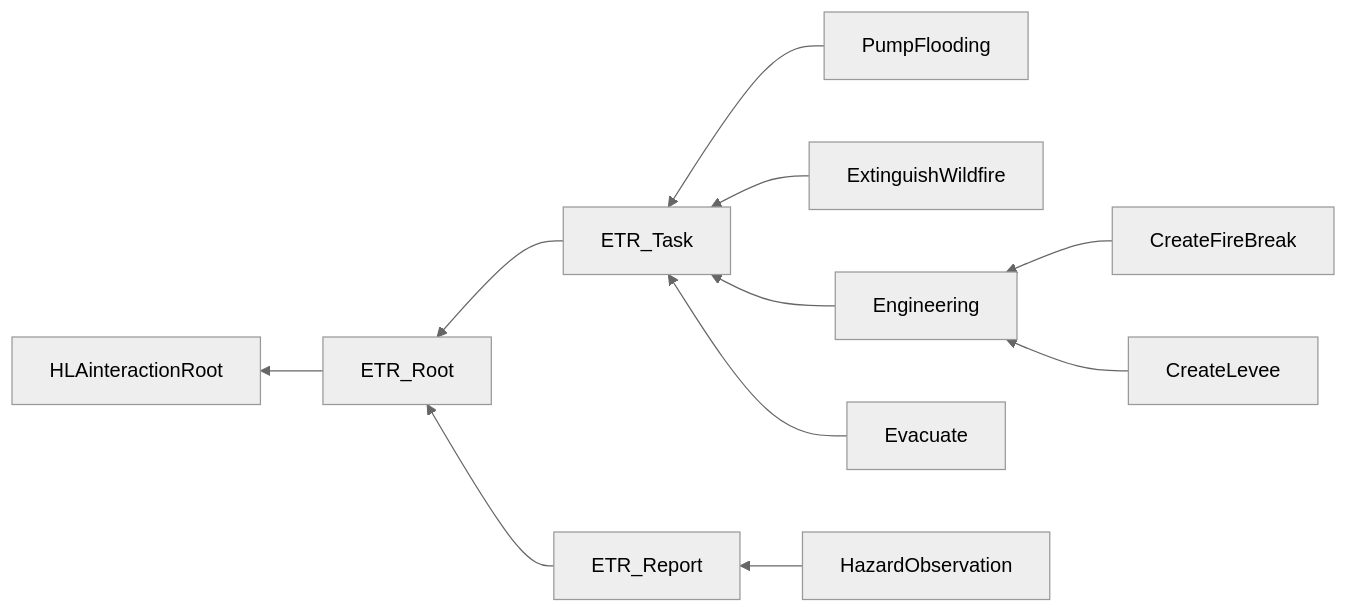
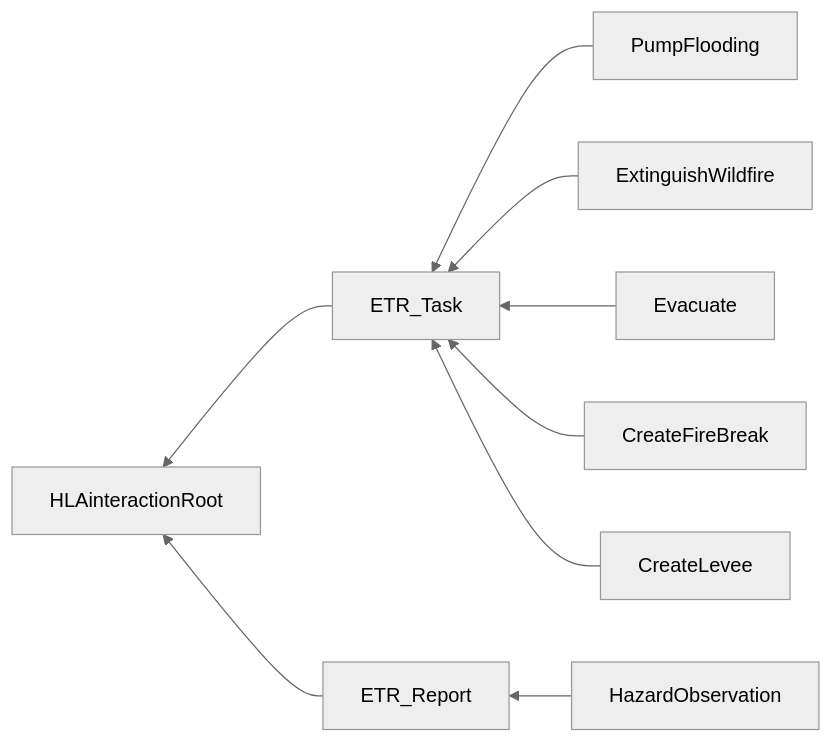
One commit to AMSP-04/NETN-DIM changed the second of 2 diagrams in NETN-DIM.md. Above: the diagram before and after it, drawn with Mermaid (neutral theme). The commit also changed other lines of this file and 2 other files, not shown here.

````diff
--- a/NETN-DIM.md
+++ b/NETN-DIM.md
@@ -94,13 +93,11 @@
 ```mermaid
 graph RL
-ETR_Root-->HLAinteractionRoot
-ETR_Task-->ETR_Root
-ETR_Report-->ETR_Root
+ETR_Task-->HLAinteractionRoot
+ETR_Report-->HLAinteractionRoot
 PumpFlooding-->ETR_Task
 ExtinguishWildfire-->ETR_Task
-Engineering-->ETR_Task
 Evacuate-->ETR_Task
-CreateFireBreak-->Engineering
-CreateLevee-->Engineering
+CreateFireBreak-->ETR_Task
+CreateLevee-->ETR_Task
 HazardObservation-->ETR_Report
 ```
````
